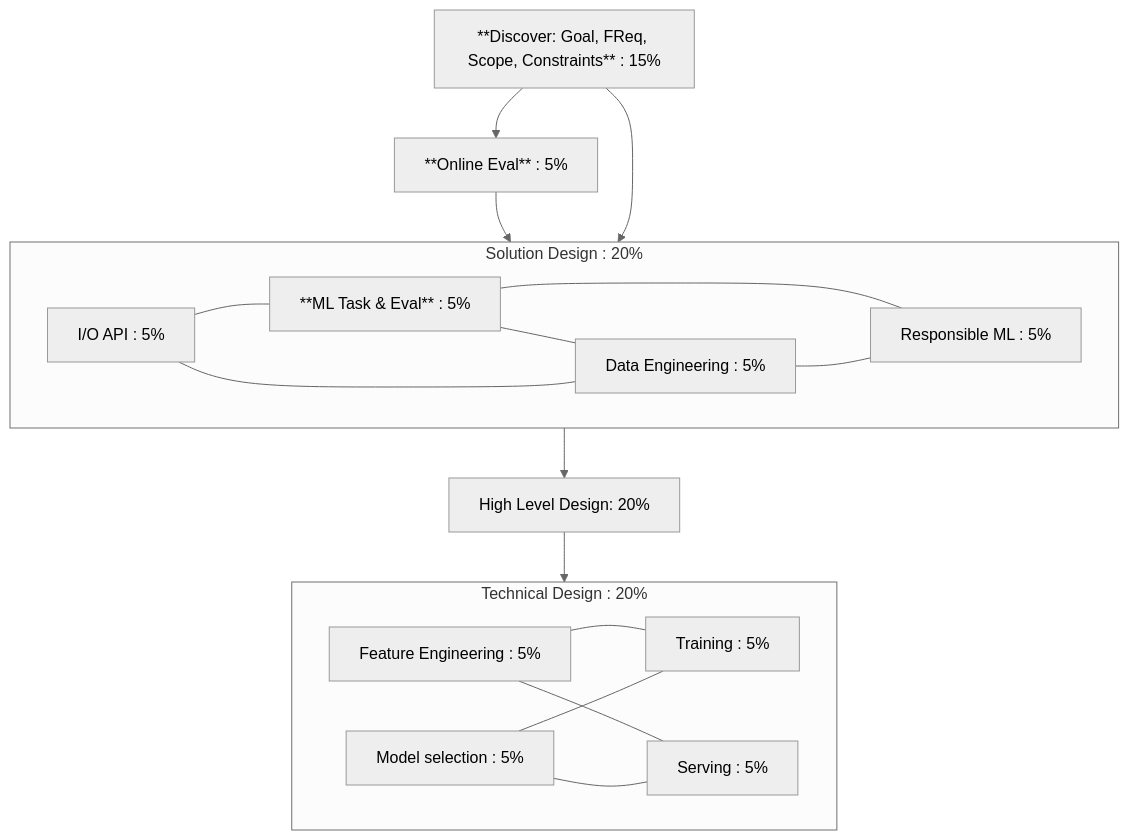
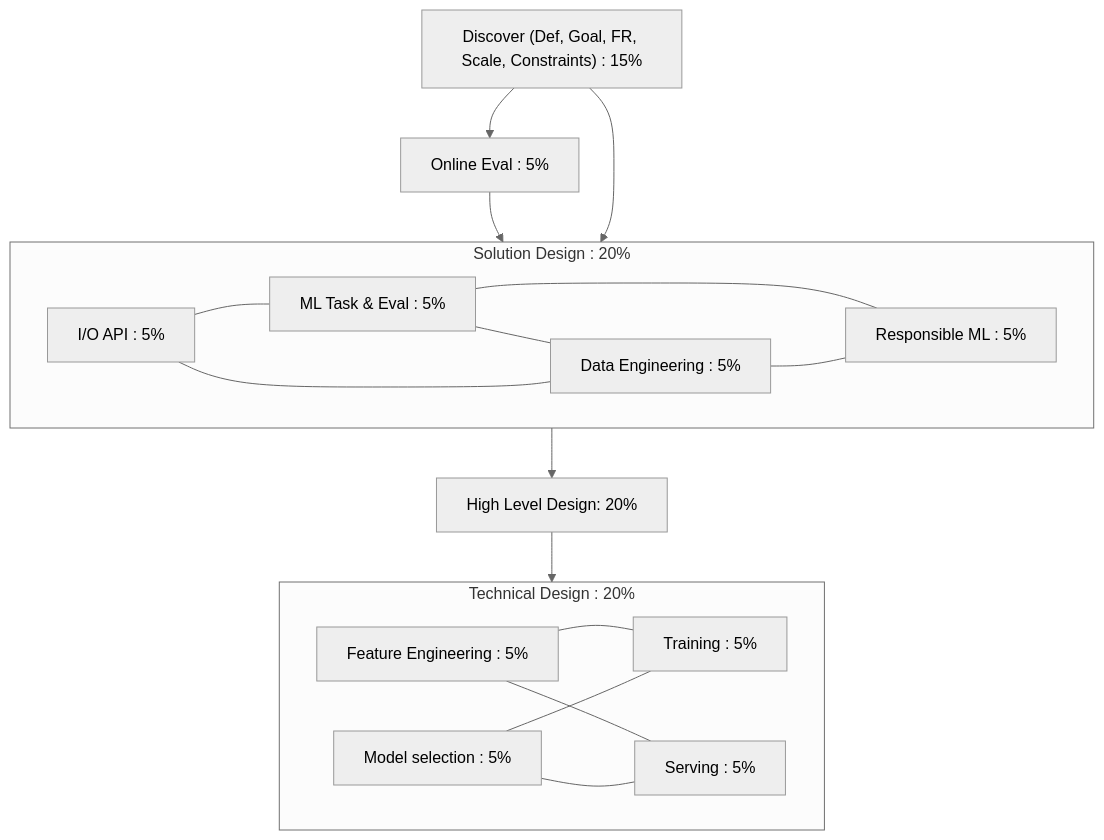
One commit to ptbdnr/ptbdnr changed the first of 7 diagrams in ml_sys_design.md. Above: the diagram before and after it, drawn with Mermaid (neutral theme). The commit also changed other lines of this file, not shown here.

````diff
--- a/ml_sys_design.md
+++ b/ml_sys_design.md
@@ -20,32 +20,32 @@
 ```mermaid
 flowchart TD
-    discover[**Discover: Goal, FReq, Scope, Constraints** : 15%]
-    b_metrics[**Online Eval** : 5%]
+    discover["Discover (Def, Goal, FR, Scale, Constraints) : 15%"]
+    b_metrics[Online Eval : 5%]
     subgraph sol_des[Solution Design : 20%]
         api[I/O API : 5%]
-        ml_task[**ML Task & Eval** : 5%]
+        ml_task[ML Task & Eval : 5%]
         data[Data Engineering : 5%]
         sec_by_des[Responsible ML : 5%]
     end
     hld[High Level Design: 20%]
     subgraph tech_des[Technical Design : 20%]
         feat_eng[Feature Engineering : 5%]
         model[Model selection : 5%]
         train[Training : 5%]
         serve[Serving : 5%]
     end
 
     discover --> b_metrics
     b_metrics & discover --> sol_des
         ml_task --- data
         api --- ml_task
         api --- data
         ml_task --- sec_by_des
         data --- sec_by_des
     sol_des --> hld
     hld --> tech_des
         feat_eng --- train
         feat_eng --- serve
         model --- train
         model --- serve
 ```
````
